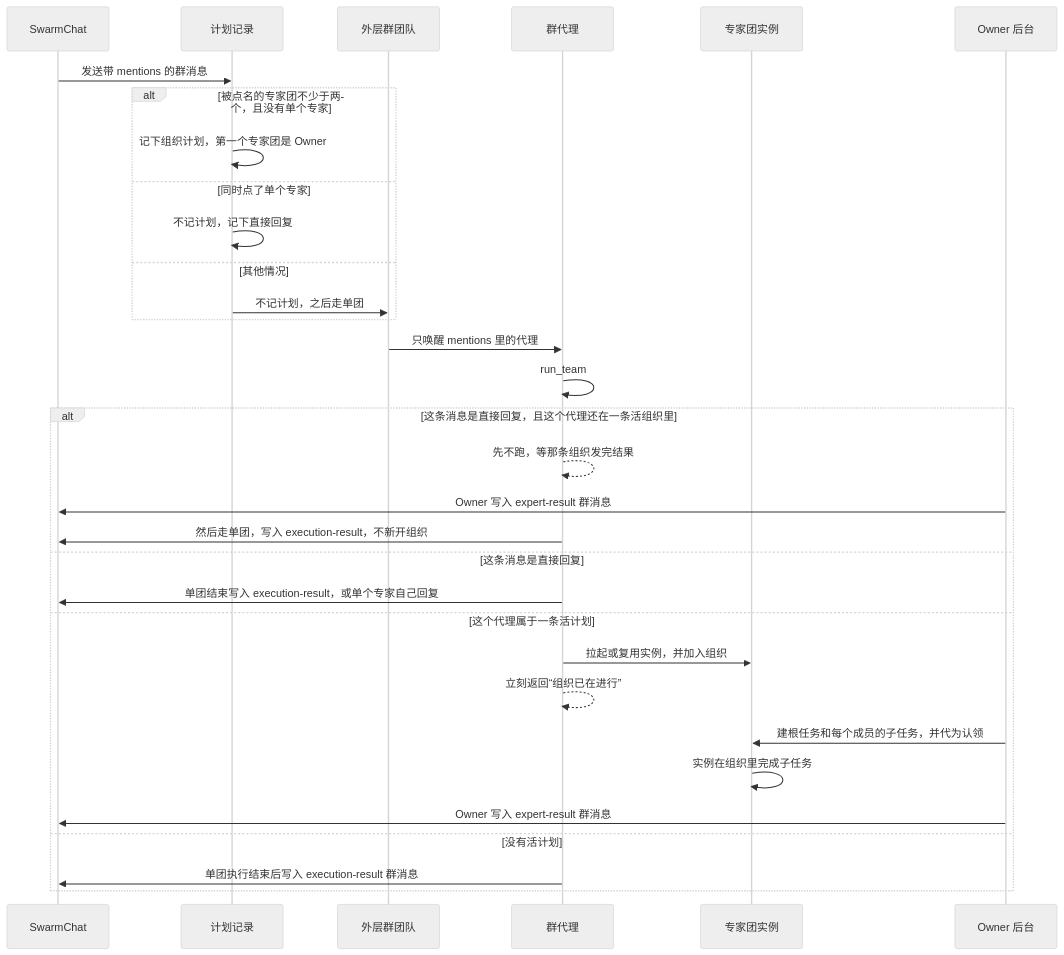
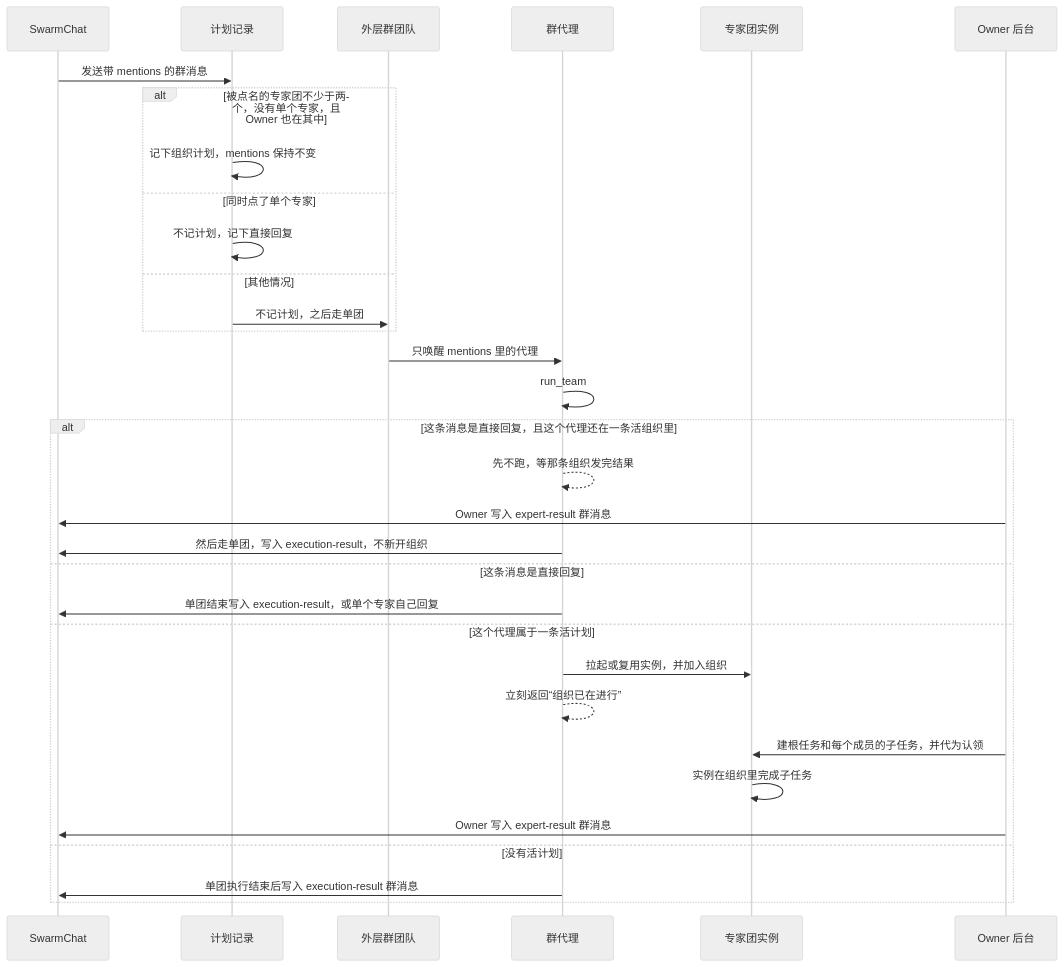
Before and after one commit to openJiuwen-ai/jiuwenswarm: the diagram in docs/zh/SwarmChat群聊专家团组织.md, drawn with Mermaid (neutral theme). The commit also changed other lines of this file and 1 other file, not shown here.

Commit message:
fix(group-chat): 解决专家团+专家的链路问题

# message auto-generated for no-merge-commit merge:
!9140 fix(group-chat): 解决专家团+专家的链路问题

From: @Zora7583

````diff
--- a/docs/zh/SwarmChat群聊专家团组织.md
+++ b/docs/zh/SwarmChat群聊专家团组织.md
@@ -30,35 +30,35 @@
 ```mermaid
 sequenceDiagram
     participant User as SwarmChat
     participant Gate as 计划记录
     participant Group as 外层群团队
     participant Proxy as 群代理
     participant Org as 专家团实例
     participant Owner as Owner 后台
 
     User->>Gate: 发送带 mentions 的群消息
-    alt 被点名的专家团不少于两个，且没有单个专家
-        Gate->>Gate: 记下组织计划，第一个专家团是 Owner
+    alt 被点名的专家团不少于两个，没有单个专家，且 Owner 也在其中
+        Gate->>Gate: 记下组织计划，mentions 保持不变
     else 同时点了单个专家
         Gate->>Gate: 不记计划，记下直接回复
     else 其他情况
         Gate->>Group: 不记计划，之后走单团
     end
     Group->>Proxy: 只唤醒 mentions 里的代理
     Proxy->>Proxy: run_team
     alt 这条消息是直接回复，且这个代理还在一条活组织里
         Proxy-->>Proxy: 先不跑，等那条组织发完结果
         Owner->>User: Owner 写入 expert-result 群消息
         Proxy->>User: 然后走单团，写入 execution-result，不新开组织
     else 这条消息是直接回复
         Proxy->>User: 单团结束写入 execution-result，或单个专家自己回复
     else 这个代理属于一条活计划
         Proxy->>Org: 拉起或复用实例，并加入组织
         Proxy-->>Proxy: 立刻返回“组织已在进行”
         Owner->>Org: 建根任务和每个成员的子任务，并代为认领
         Org->>Org: 实例在组织里完成子任务
         Owner->>User: Owner 写入 expert-result 群消息
     else 没有活计划
         Proxy->>User: 单团执行结束后写入 execution-result 群消息
     end
 ```
````
